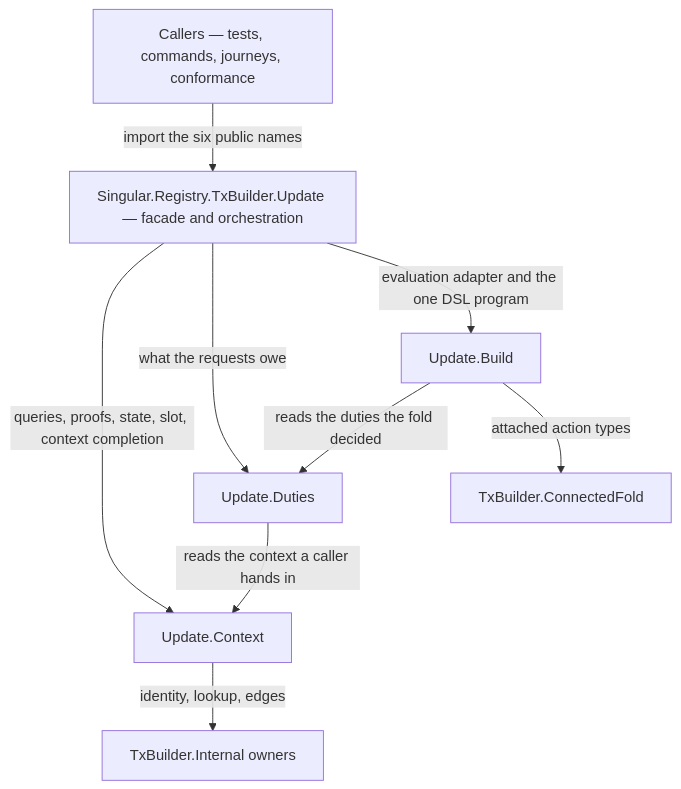
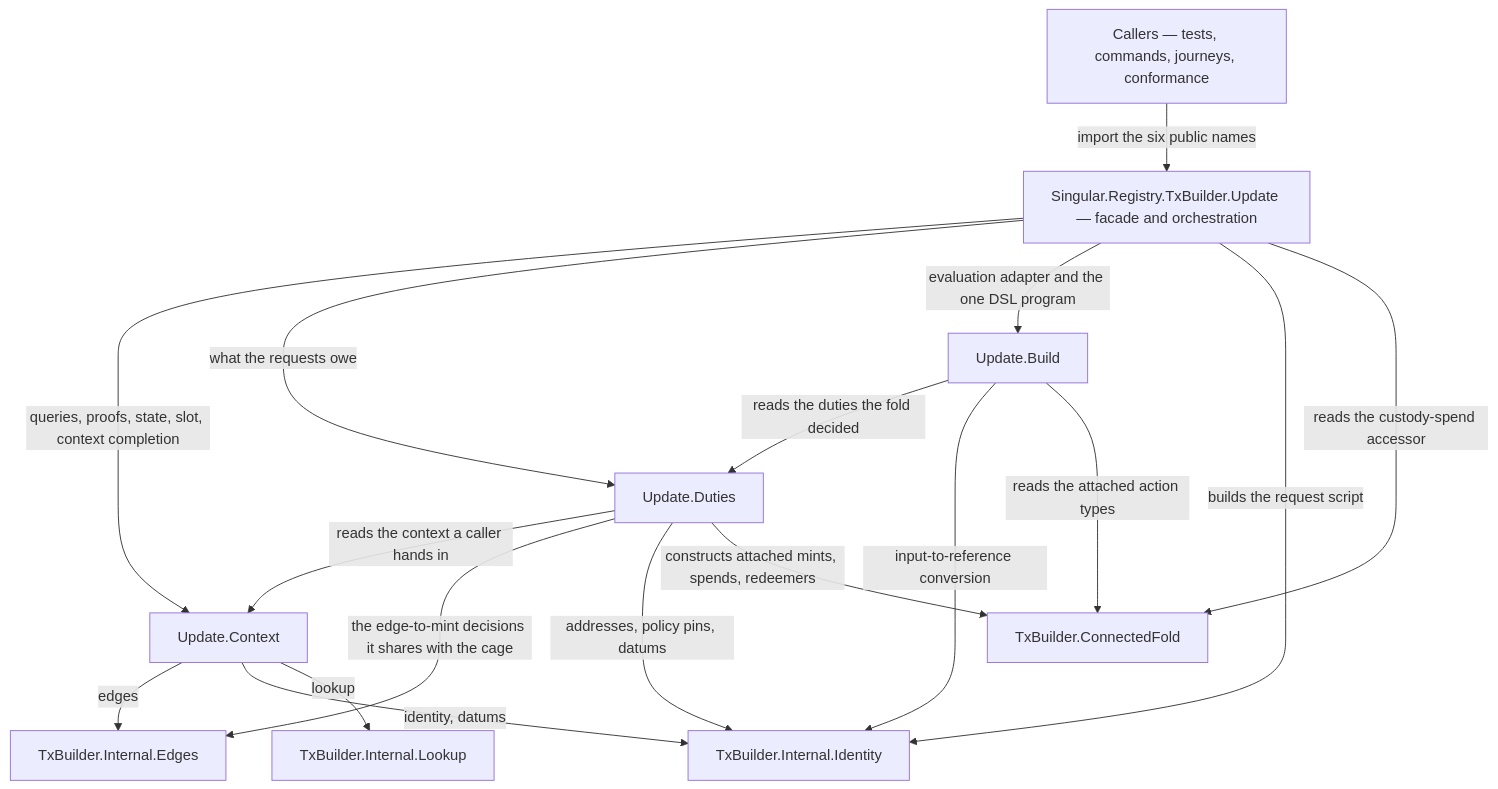
Before and after one commit to lambdasistemi/singular: the first of 2 diagrams in docs/offchain-fold-responsibilities.md, drawn with Mermaid. The commit also changed other lines of this file and 3 other files, not shown here.

First line of the commit message:
docs: state the fold guide's evidence reach and import graph exactly #267

````diff
--- a/docs/offchain-fold-responsibilities.md
+++ b/docs/offchain-fold-responsibilities.md
@@ -28,11 +36,19 @@
 ```mermaid
 flowchart TD
     Callers[Callers — tests, commands, journeys, conformance] -->|import the six public names| U[Singular.Registry.TxBuilder.Update — facade and orchestration]
     U -->|queries, proofs, state, slot, context completion| C[Update.Context]
     U -->|what the requests owe| D[Update.Duties]
     U -->|evaluation adapter and the one DSL program| B[Update.Build]
     D -->|reads the context a caller hands in| C
     B -->|reads the duties the fold decided| D
-    C -->|identity, lookup, edges| I[TxBuilder.Internal owners]
-    B -->|attached action types| CF[TxBuilder.ConnectedFold]
+    C -->|edges| IE[TxBuilder.Internal.Edges]
+    C -->|identity, datums| II[TxBuilder.Internal.Identity]
+    C -->|lookup| IL[TxBuilder.Internal.Lookup]
+    D -->|the edge-to-mint decisions it shares with the cage| IE
+    D -->|addresses, policy pins, datums| II
+    D -->|constructs attached mints, spends, redeemers| CF[TxBuilder.ConnectedFold]
+    B -->|input-to-reference conversion| II
+    B -->|reads the attached action types| CF
+    U -->|builds the request script| II
+    U -->|reads the custody-spend accessor| CF
 ```
````
